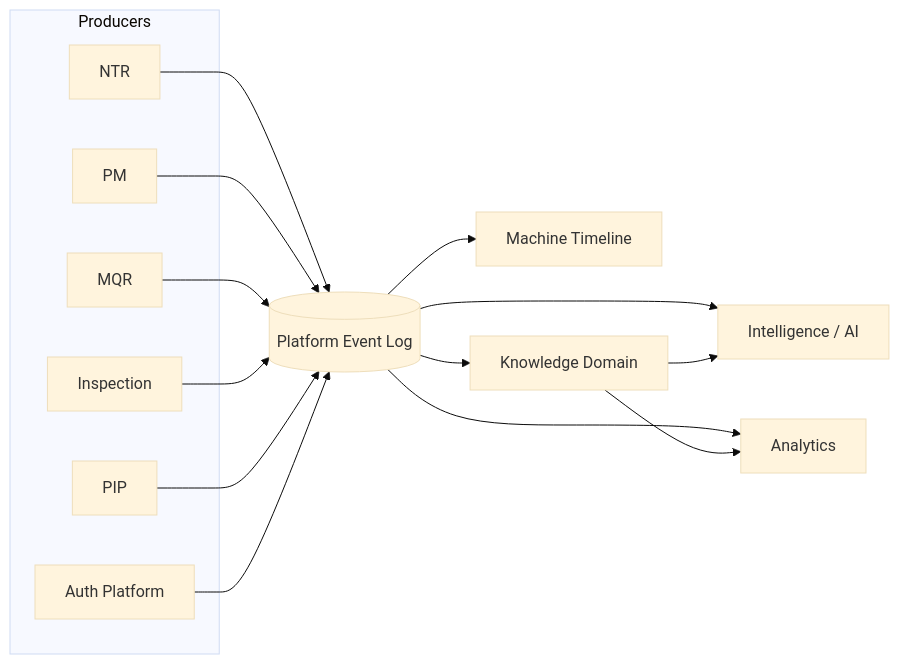
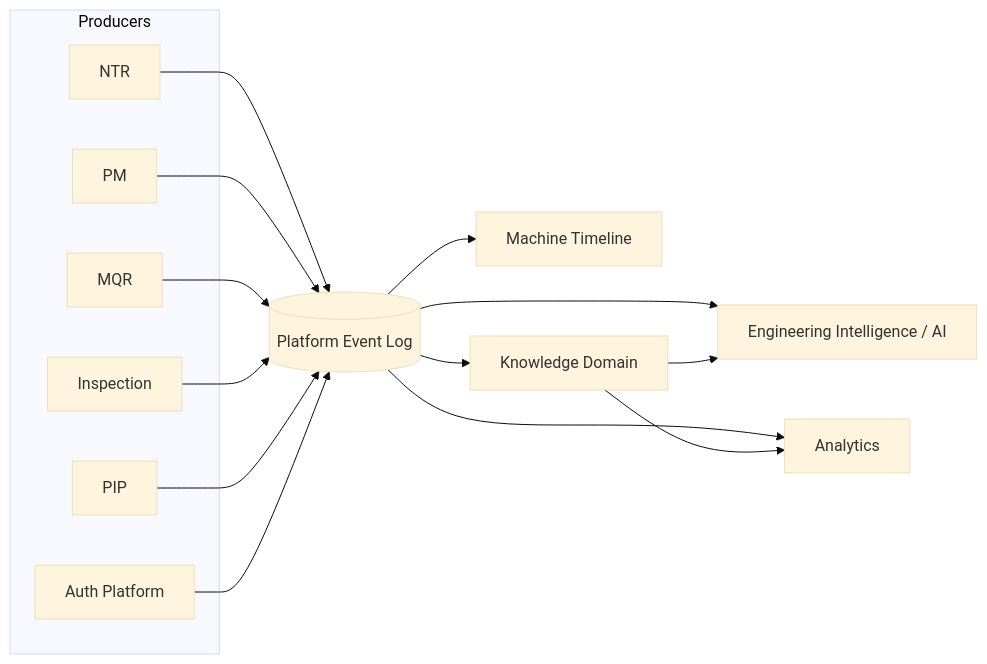
Before and after one commit to patamin-lab/mqr-mahindra: the diagram in docs/architecture/blueprint/06-EVENT-MODEL-AND-FLOW.md, drawn with Mermaid (base theme). The commit also changed other lines of this file and 15 other files, not shown here.

First line of the commit message:
docs(blueprint): v1.1 architecture refinement pass

````diff
--- a/docs/architecture/blueprint/06-EVENT-MODEL-AND-FLOW.md
+++ b/docs/architecture/blueprint/06-EVENT-MODEL-AND-FLOW.md
@@ -66,26 +66,26 @@
 ```mermaid
 flowchart LR
     subgraph Producers
         NTR[NTR]
         PM[PM]
         MQR[MQR]
         INS[Inspection]
         PIP[PIP]
         AUTH[Auth Platform]
     end
 
     NTR --> EVT[(Platform Event Log)]
     PM --> EVT
     MQR --> EVT
     INS --> EVT
     PIP --> EVT
     AUTH --> EVT
 
     EVT --> TL[Machine Timeline]
     EVT --> KN[Knowledge Domain]
     EVT --> AN[Analytics]
-    EVT --> AI[Intelligence / AI]
+    EVT --> AI[Engineering Intelligence / AI]
 
     KN --> AI
     KN --> AN
 ```
````
